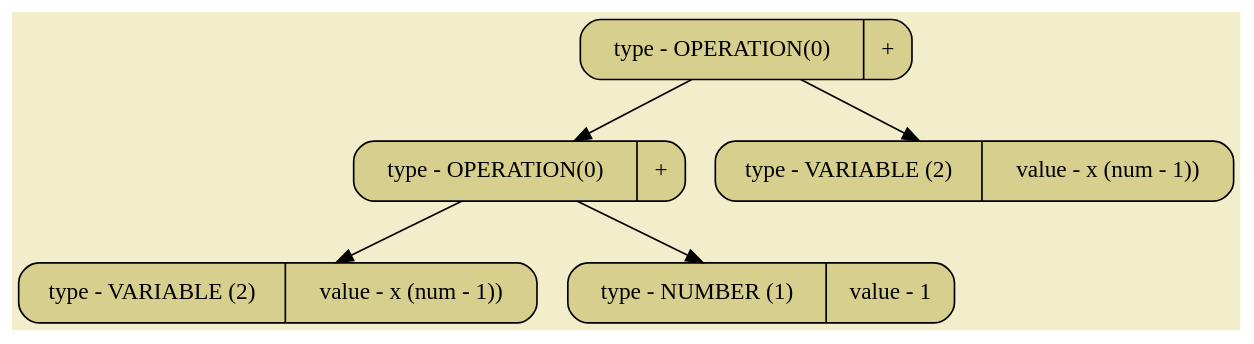
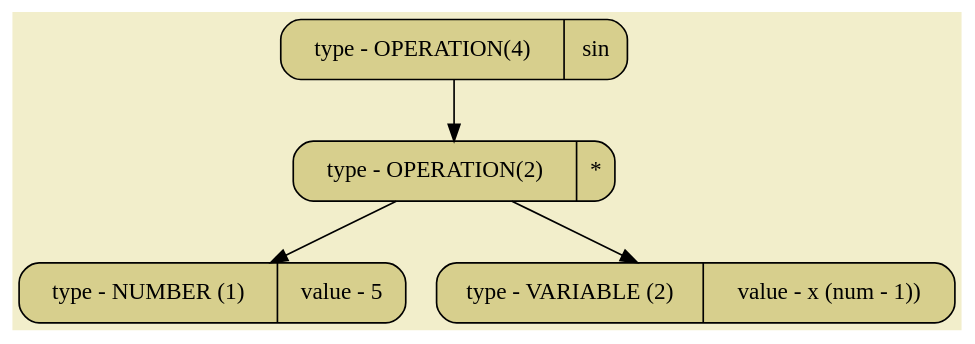
Before and after one commit to SashaKhaytina/Differenciator: the diagram in pictures/image02.dot, drawn with Graphviz. The commit also changed 15 other files, not shown here.

```diff
--- a/pictures/image02.dot
+++ b/pictures/image02.dot
@@ -1,14 +1,12 @@
 digraph
 {
 bgcolor="#F2EECB";
 rankdir = TB;
-POINT_0x5afa228cb4d8[shape=Mrecord, label = "type - OPERATION(0) | +", style="filled",fillcolor="#D7CF8D"]
-POINT_0x5afa228cb4a8[shape=Mrecord, label = "type - OPERATION(0) | +", style="filled",fillcolor="#D7CF8D"]
-POINT_0x5afa228cb490[shape=Mrecord, label = "type - VARIABLE (2) | value - x (num - 1))", style="filled",fillcolor="#D7CF8D"]
-POINT_0x5afa228cb4c0[shape=Mrecord, label = "type - NUMBER (1) | value - 1", style="filled",fillcolor="#D7CF8D"]
-POINT_0x5afa228cb4f0[shape=Mrecord, label = "type - VARIABLE (2) | value - x (num - 1))", style="filled",fillcolor="#D7CF8D"]
-POINT_0x5afa228cb4d8 -> POINT_0x5afa228cb4a8
-POINT_0x5afa228cb4d8 -> POINT_0x5afa228cb4f0
-POINT_0x5afa228cb4a8 -> POINT_0x5afa228cb490
-POINT_0x5afa228cb4a8 -> POINT_0x5afa228cb4c0
+POINT_0x5d3442d6b490[shape=Mrecord, label = "type - OPERATION(4) | sin", style="filled",fillcolor="#D7CF8D"]
+POINT_0x5d3442d6b598[shape=Mrecord, label = "type - OPERATION(2) | *", style="filled",fillcolor="#D7CF8D"]
+POINT_0x5d3442d6b5b0[shape=Mrecord, label = "type - NUMBER (1) | value - 5", style="filled",fillcolor="#D7CF8D"]
+POINT_0x5d3442d6b5e0[shape=Mrecord, label = "type - VARIABLE (2) | value - x (num - 1))", style="filled",fillcolor="#D7CF8D"]
+POINT_0x5d3442d6b490 -> POINT_0x5d3442d6b598
+POINT_0x5d3442d6b598 -> POINT_0x5d3442d6b5b0
+POINT_0x5d3442d6b598 -> POINT_0x5d3442d6b5e0
 }
```
